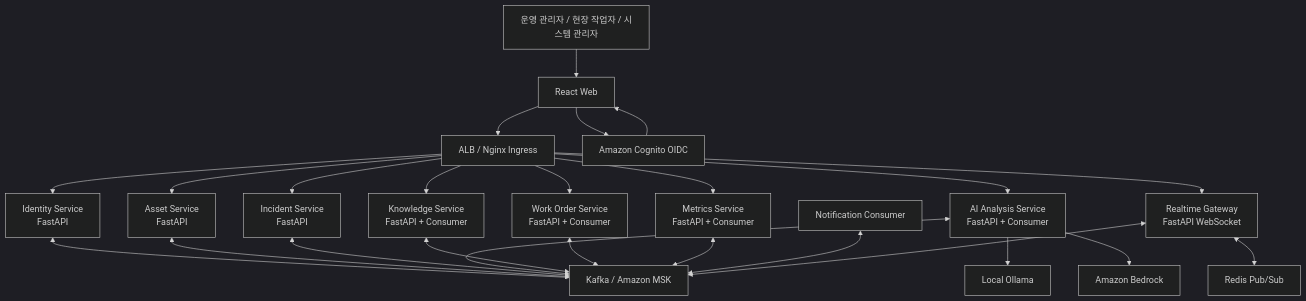
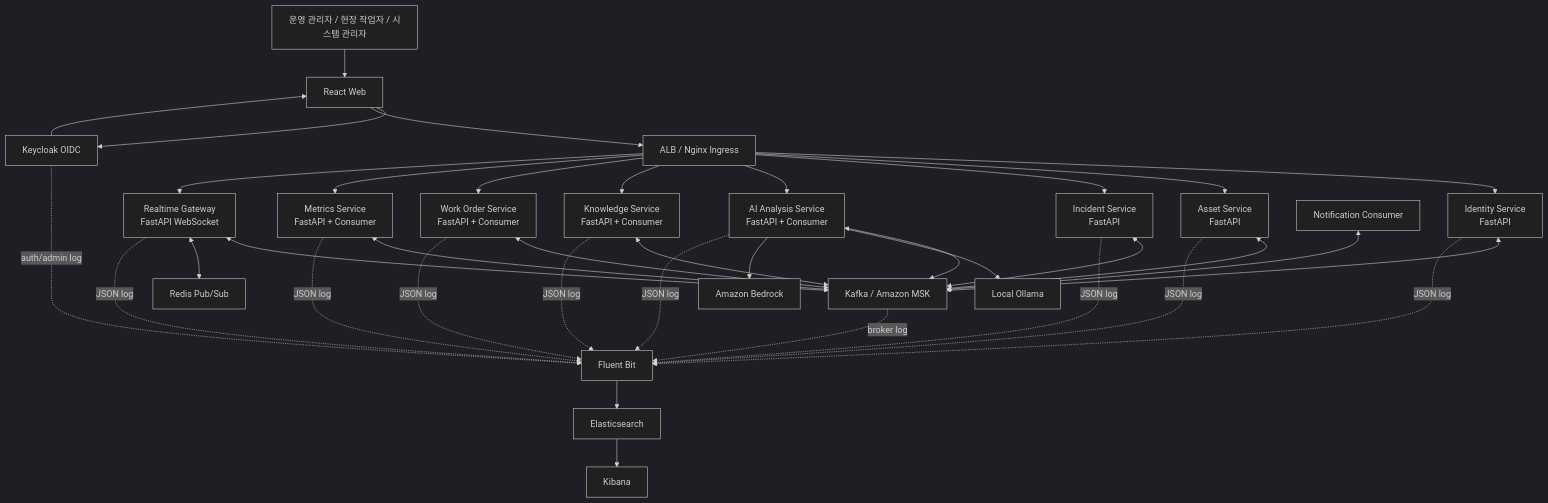
Before and after one commit to choiseongjun/AX-sentinel: the first of 3 diagrams in docs/msa-kafka-design.md, drawn with Mermaid (dark theme). The commit also changed other lines of this file and 3 other files, not shown here.

````diff
--- a/docs/msa-kafka-design.md
+++ b/docs/msa-kafka-design.md
@@ -48,48 +48,63 @@
 ```mermaid
 flowchart TB
     User["운영 관리자 / 현장 작업자 / 시스템 관리자"]
     Web["React Web"]
     Ingress["ALB / Nginx Ingress"]
     Identity["Identity Service<br/>FastAPI"]
     Asset["Asset Service<br/>FastAPI"]
     Incident["Incident Service<br/>FastAPI"]
     Analysis["AI Analysis Service<br/>FastAPI + Consumer"]
     Knowledge["Knowledge Service<br/>FastAPI + Consumer"]
     Work["Work Order Service<br/>FastAPI + Consumer"]
     Metrics["Metrics Service<br/>FastAPI + Consumer"]
     Realtime["Realtime Gateway<br/>FastAPI WebSocket"]
     Notification["Notification Consumer"]
-    Cognito["Amazon Cognito OIDC"]
+    Keycloak["Keycloak OIDC"]
     Kafka["Kafka / Amazon MSK"]
     Redis["Redis Pub/Sub"]
     Ollama["Local Ollama"]
     Bedrock["Amazon Bedrock"]
+    FluentBit["Fluent Bit"]
+    Elasticsearch["Elasticsearch"]
+    Kibana["Kibana"]
 
     User --> Web
-    Web --> Cognito
-    Cognito --> Web
+    Web --> Keycloak
+    Keycloak --> Web
     Web --> Ingress
 
     Ingress --> Identity
     Ingress --> Asset
     Ingress --> Incident
     Ingress --> Analysis
     Ingress --> Knowledge
     Ingress --> Work
     Ingress --> Metrics
     Ingress --> Realtime
 
     Identity <--> Kafka
     Asset <--> Kafka
     Incident <--> Kafka
     Analysis <--> Kafka
     Knowledge <--> Kafka
     Work <--> Kafka
     Metrics <--> Kafka
     Notification <--> Kafka
     Realtime <--> Kafka
 
     Realtime <--> Redis
     Analysis --> Ollama
     Analysis --> Bedrock
+    Identity -. JSON log .-> FluentBit
+    Asset -. JSON log .-> FluentBit
+    Incident -. JSON log .-> FluentBit
+    Analysis -. JSON log .-> FluentBit
+    Knowledge -. JSON log .-> FluentBit
+    Work -. JSON log .-> FluentBit
+    Metrics -. JSON log .-> FluentBit
+    Realtime -. JSON log .-> FluentBit
+    Keycloak -. auth/admin log .-> FluentBit
+    Kafka -. broker log .-> FluentBit
+    FluentBit --> Elasticsearch
+    Elasticsearch --> Kibana
 ```
````
